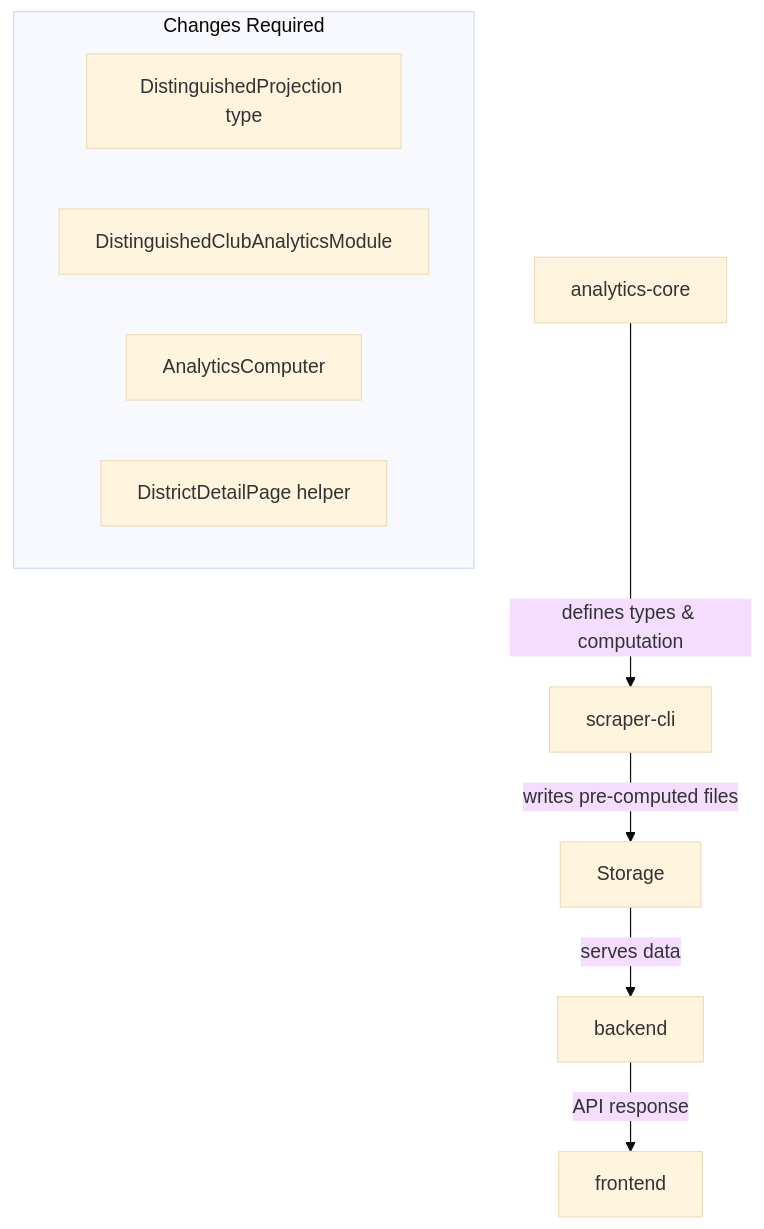
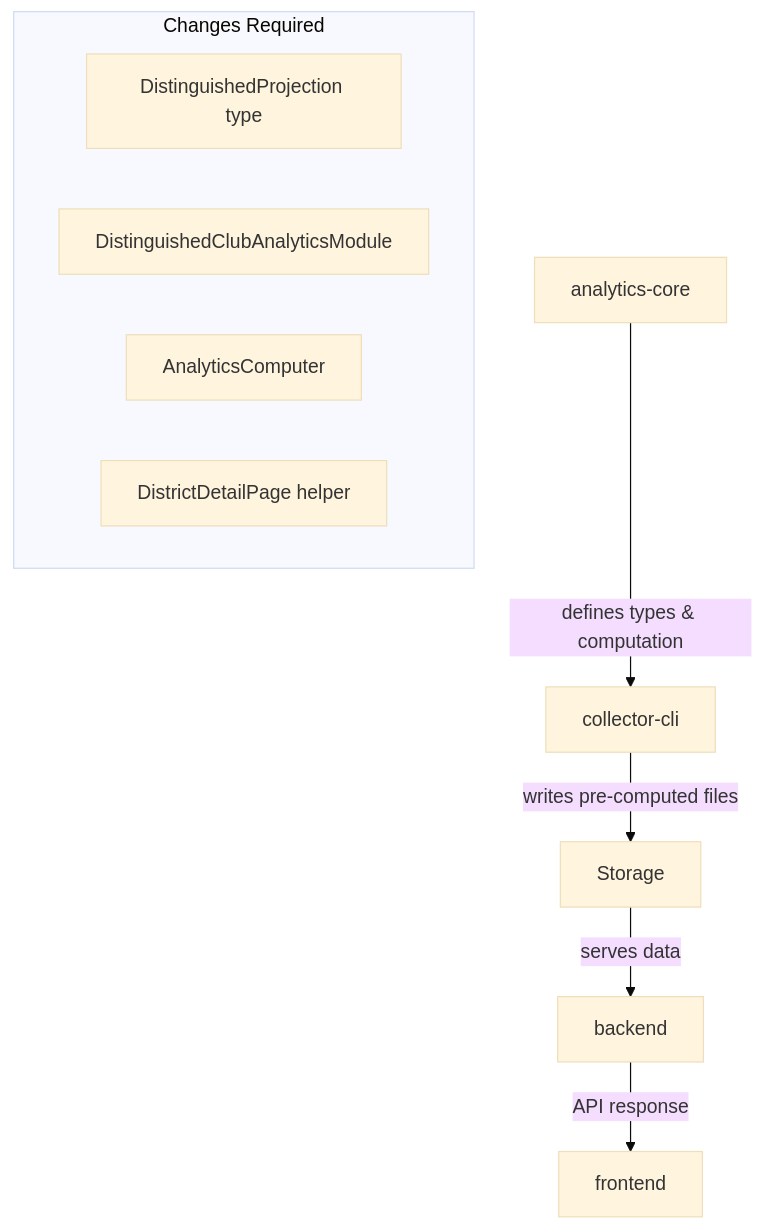
Before and after one commit to rservant/toast-stats: the diagram in .kiro/specs-archive/projected-year-end-simplification/design.md, drawn with Mermaid (base theme). The commit also changed other lines of this file and 267 other files, not shown here.

First line of the commit message:
refactor: rename scraper-cli to collector-cli across the codebase (#99)

````diff
--- a/.kiro/specs-archive/projected-year-end-simplification/design.md
+++ b/.kiro/specs-archive/projected-year-end-simplification/design.md
@@ -15,14 +15,14 @@
 ```mermaid
 graph TD
-    A[analytics-core] -->|defines types & computation| B[scraper-cli]
+    A[analytics-core] -->|defines types & computation| B[collector-cli]
     B -->|writes pre-computed files| C[Storage]
     C -->|serves data| D[backend]
     D -->|API response| E[frontend]
 
     subgraph "Changes Required"
         A1[DistinguishedProjection type]
         A2[DistinguishedClubAnalyticsModule]
         A3[AnalyticsComputer]
         E1[DistrictDetailPage helper]
     end
 ```
````
